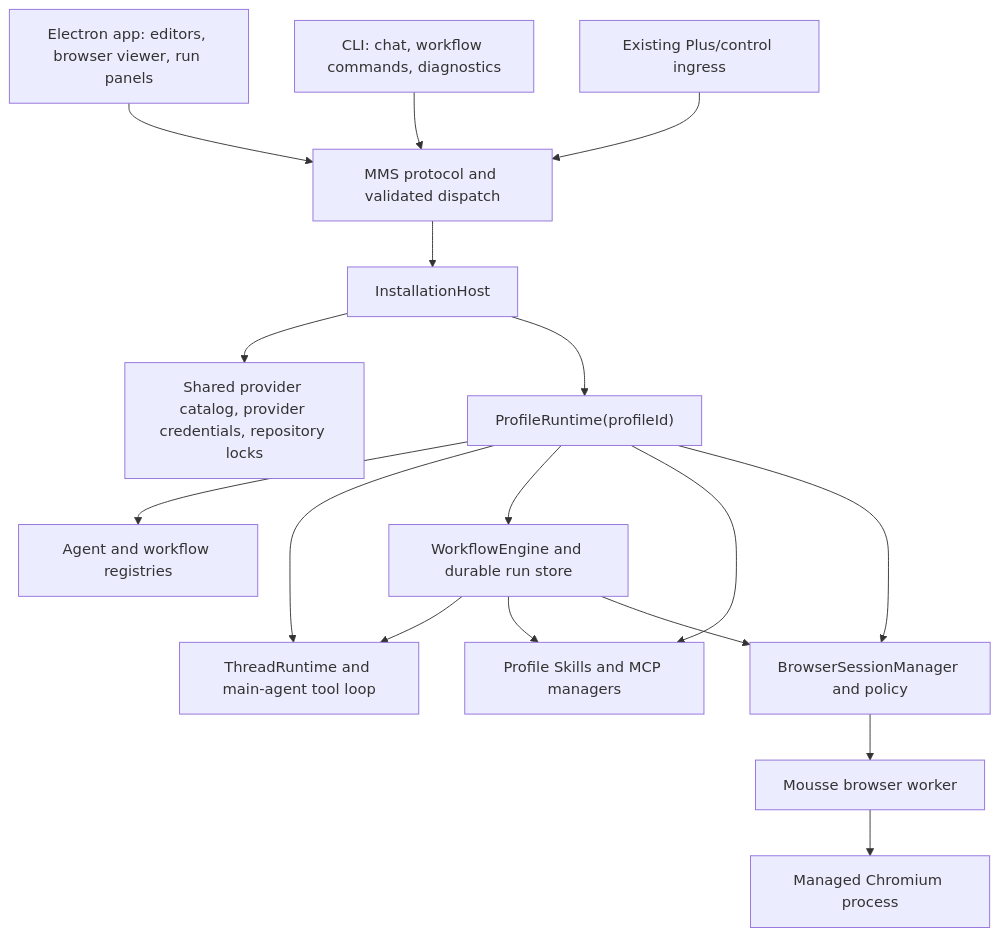
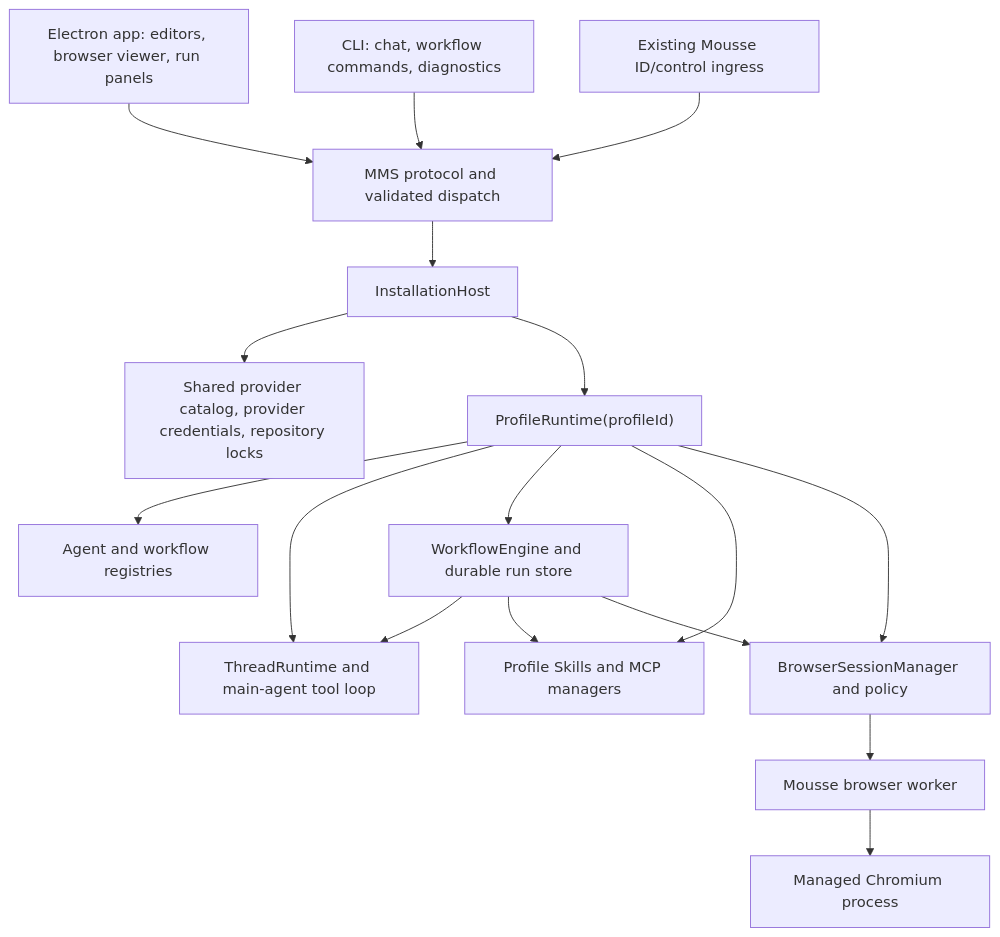
One commit to mousse-agent/mousse changed the first of 2 diagrams in docs/agents-workflows-profiles-browser-architecture.md. Above: the diagram before and after it, drawn with Mermaid. The commit also changed other lines of this file and 42 other files, not shown here.

```diff
--- a/docs/agents-workflows-profiles-browser-architecture.md
+++ b/docs/agents-workflows-profiles-browser-architecture.md
@@ -88,33 +88,33 @@
 ~~~mermaid
 flowchart TD
   GUI["Electron app: editors, browser viewer, run panels"]
   CLI["CLI: chat, workflow commands, diagnostics"]
-  CONTROL["Existing Plus/control ingress"]
+  CONTROL["Existing Mousse ID/control ingress"]
   PROTOCOL["MMS protocol and validated dispatch"]
   HOST["InstallationHost"]
   SHARED["Shared provider catalog, provider credentials, repository locks"]
   PROFILE["ProfileRuntime(profileId)"]
   LIB["Agent and workflow registries"]
   THREAD["ThreadRuntime and main-agent tool loop"]
   FLOW["WorkflowEngine and durable run store"]
   INTEGRATION["Profile Skills and MCP managers"]
   BROWSER["BrowserSessionManager and policy"]
   WORKER["Mousse browser worker"]
   CHROME["Managed Chromium process"]
   GUI --> PROTOCOL
   CLI --> PROTOCOL
   CONTROL --> PROTOCOL
   PROTOCOL --> HOST
   HOST --> SHARED
   HOST --> PROFILE
   PROFILE --> LIB
   PROFILE --> THREAD
   PROFILE --> FLOW
   PROFILE --> INTEGRATION
   PROFILE --> BROWSER
   FLOW --> THREAD
   FLOW --> INTEGRATION
   FLOW --> BROWSER
   BROWSER --> WORKER
   WORKER --> CHROME
 ~~~
```
